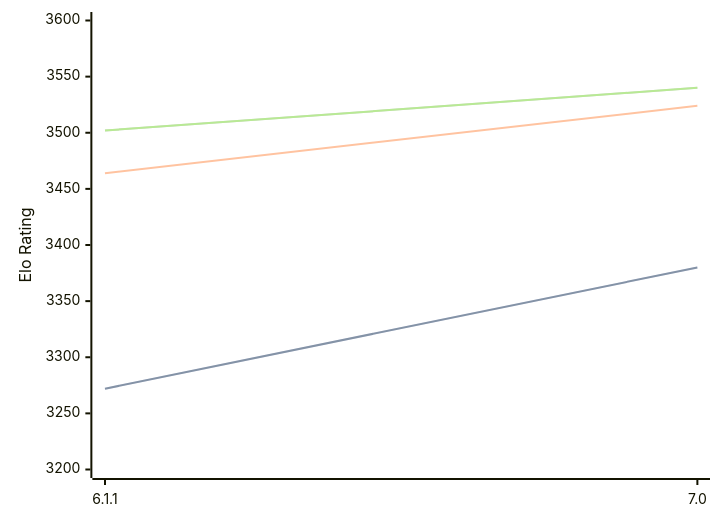
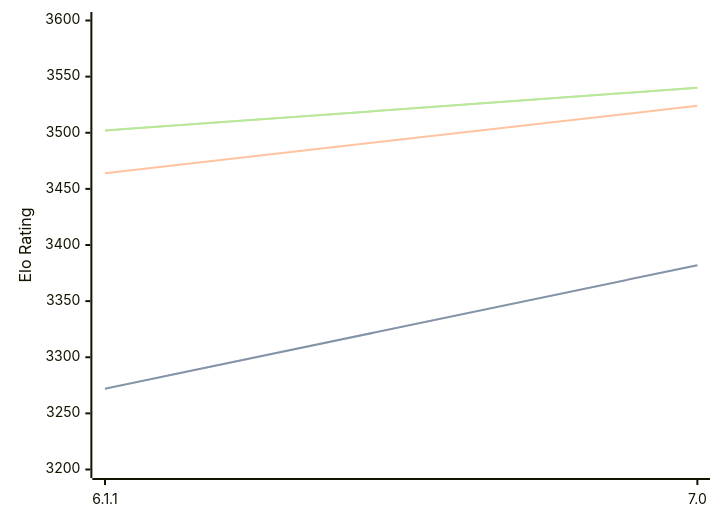
One commit to computer-chess-index/cci changed the diagram in engines/Astra.md. Above: the diagram before and after it, drawn with Mermaid. The commit also changed other lines of this file, not shown here.

````diff
--- a/engines/Astra.md
+++ b/engines/Astra.md
@@ -44,11 +44,11 @@
 ```mermaid
 %%{init: {"theme":"base","themeVariables":{"seriesColors:['#a3a3a3','#222221','#faa371']}}}%%
 xychart-beta
   x-axis ["6.1.1", "7.0"]
   y-axis "Elo Rating" 3200 --> 3600
-  line "STC (8.0+0.08s)" [3272, 3380]
-  line "STC (8.0+0.08s)" [3272, 3380]
+  line "STC (8.0+0.08s)" [3272, 3382]
+  line "STC (8.0+0.08s)" [3272, 3382]
   line "LTC (60.0+0.60s)" [3464, 3524]
   line "VLTC (2m24s+1.12s)" [3502, 3540]
   line "VLTC (2m24s+1.12s)" [3502, 3540]
 ```
````
